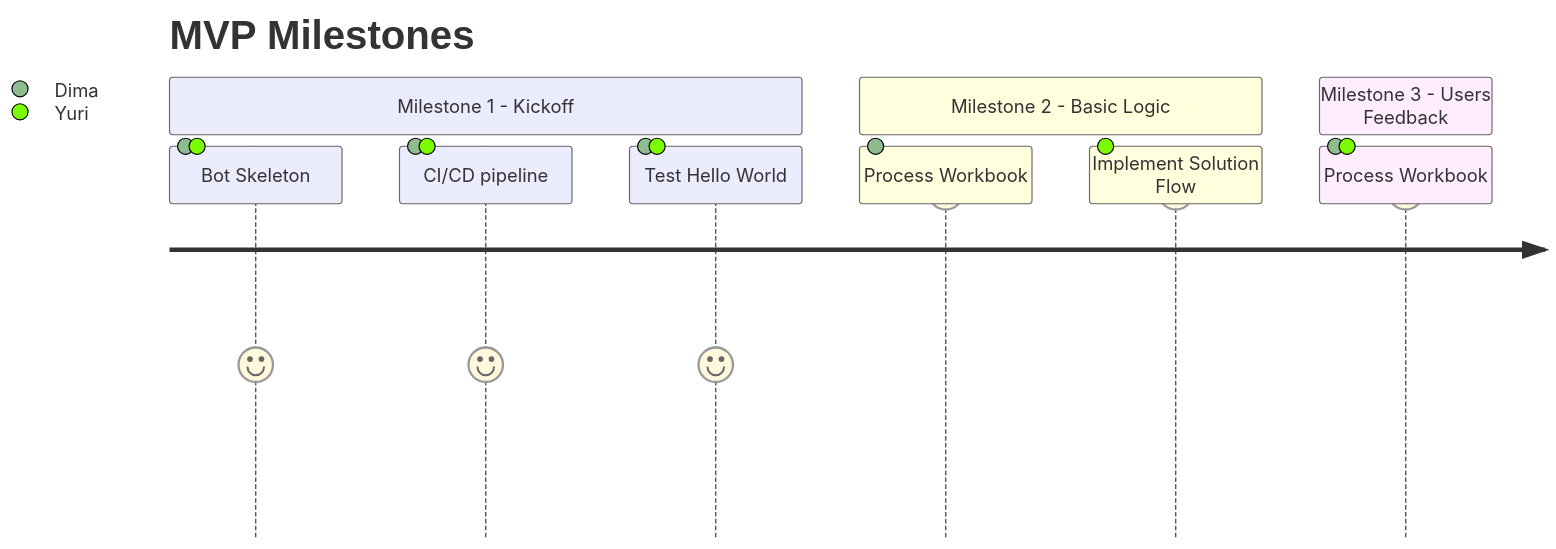
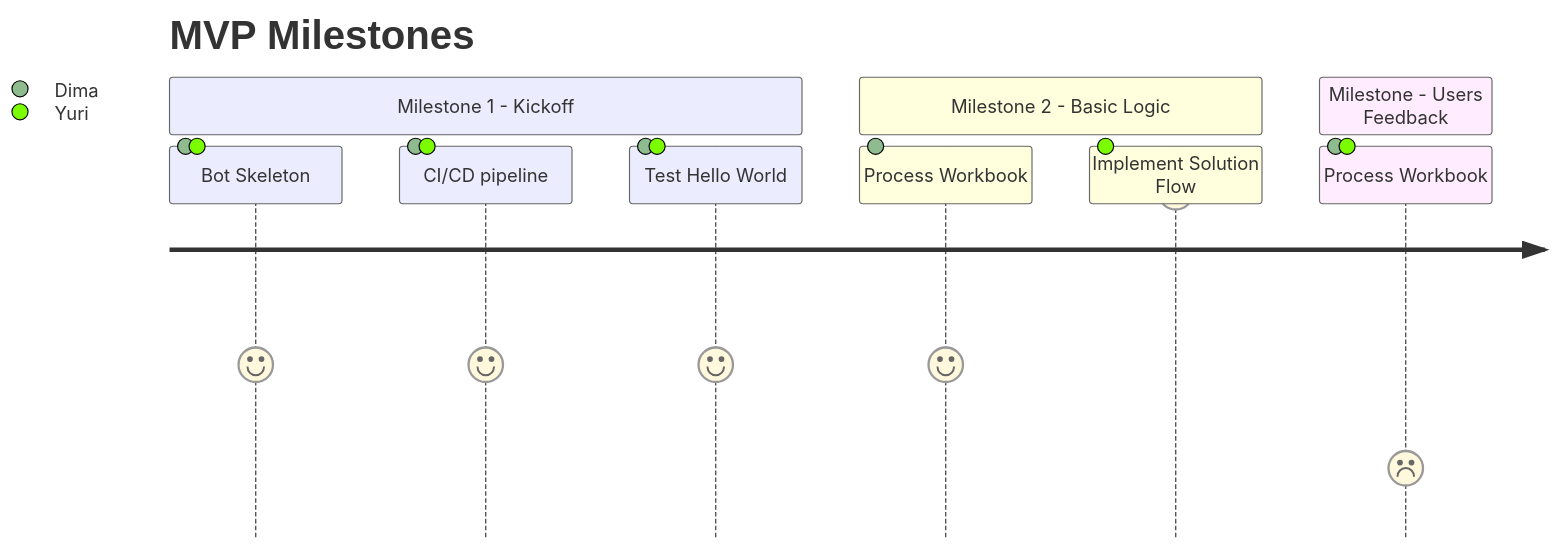
The fourth of 4 diagrams in docs/design.md (dimastatz/plato), drawn with Mermaid before and after one commit.

Commit message:
add milestones

````diff
--- a/docs/design.md
+++ b/docs/design.md
@@ -155,13 +155,13 @@
 ```mermaid
 journey
     title MVP Milestones
     section Milestone 1 - Kickoff
       Bot Skeleton: 5: Dima, Yuri
       CI/CD pipeline: 5: Dima, Yuri
       Test Hello World: 5: Dima, Yuri
     section Milestone 2 - Basic Logic
-      Process Workbook: 10: Dima
+      Process Workbook: 5: Dima
       Implement Solution Flow: 10: Yuri
-    section Milestone 3 - Users Feedback
-      Process Workbook: 10: Dima, Yuri
+    section Milestone  - Users Feedback
+      Process Workbook: 2: Dima, Yuri
 ```
````
